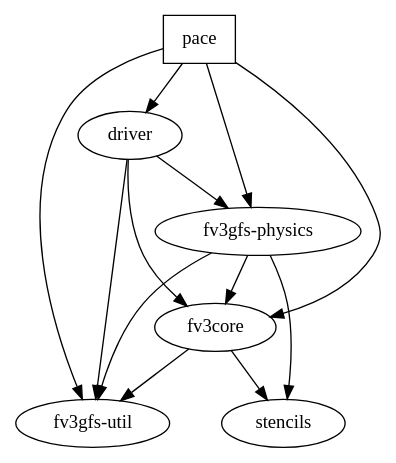
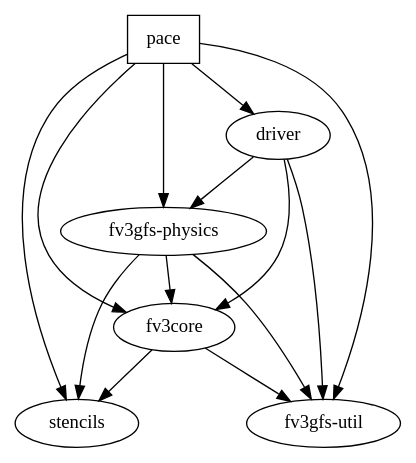
Before and after one commit to ai2cm/pace: the diagram in dependencies.dot, drawn with Graphviz. The commit also changed 2 other files, not shown here.

```diff
--- a/dependencies.dot
+++ b/dependencies.dot
@@ -1,27 +1,30 @@
 # this dotfile is used as a reference source for project dependencies
 # each folder entry must have a "label" equal to its directory name
 #
 # If you update this file, please re-generate the svg with `make dependencies.svg`
 # and commit it to the repository
 
 digraph {
   pace [shape=box]
   fv3core [shape=oval, label="fv3core"]
   driver [shape=oval, label="driver"]
   physics [shape=oval, label="fv3gfs-physics"]
+  stencils [shape=oval, label="stencils"]
   util [shape=oval, label="fv3gfs-util"]
+
 
   pace -> fv3core
   pace -> physics
   pace -> util
   pace -> driver
+  pace -> stencils
   driver -> fv3core
   driver -> physics
   driver -> util
   fv3core -> util
+  fv3core -> stencils
   physics -> util
   physics -> fv3core
-  fv3core -> stencils
   physics -> stencils
 
 }
```
